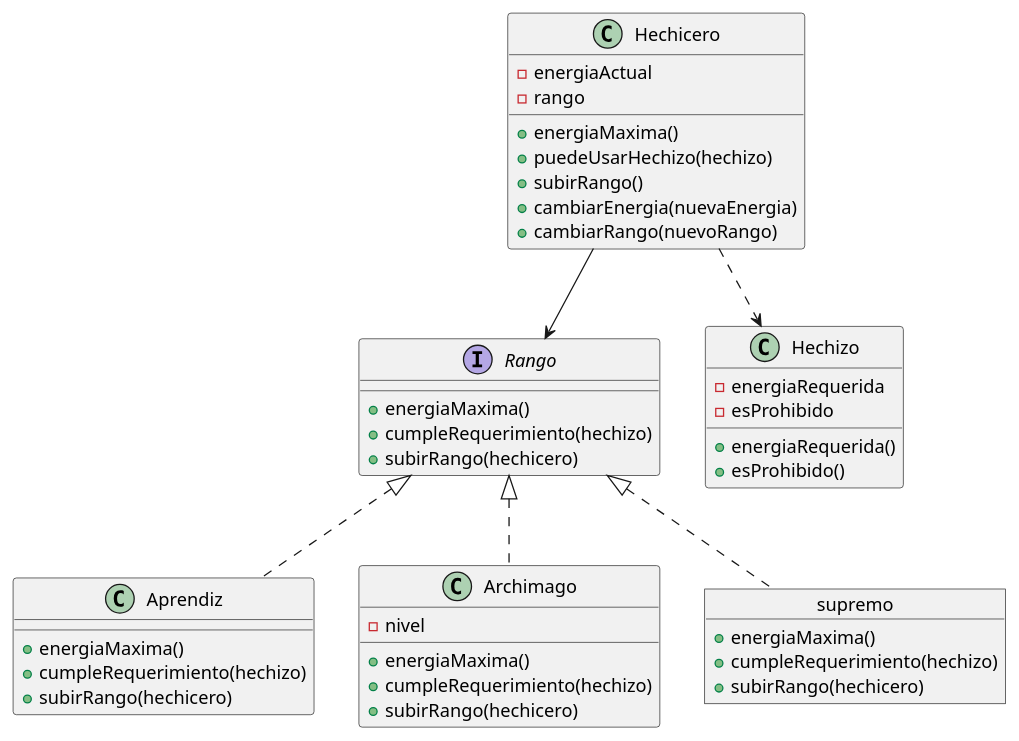
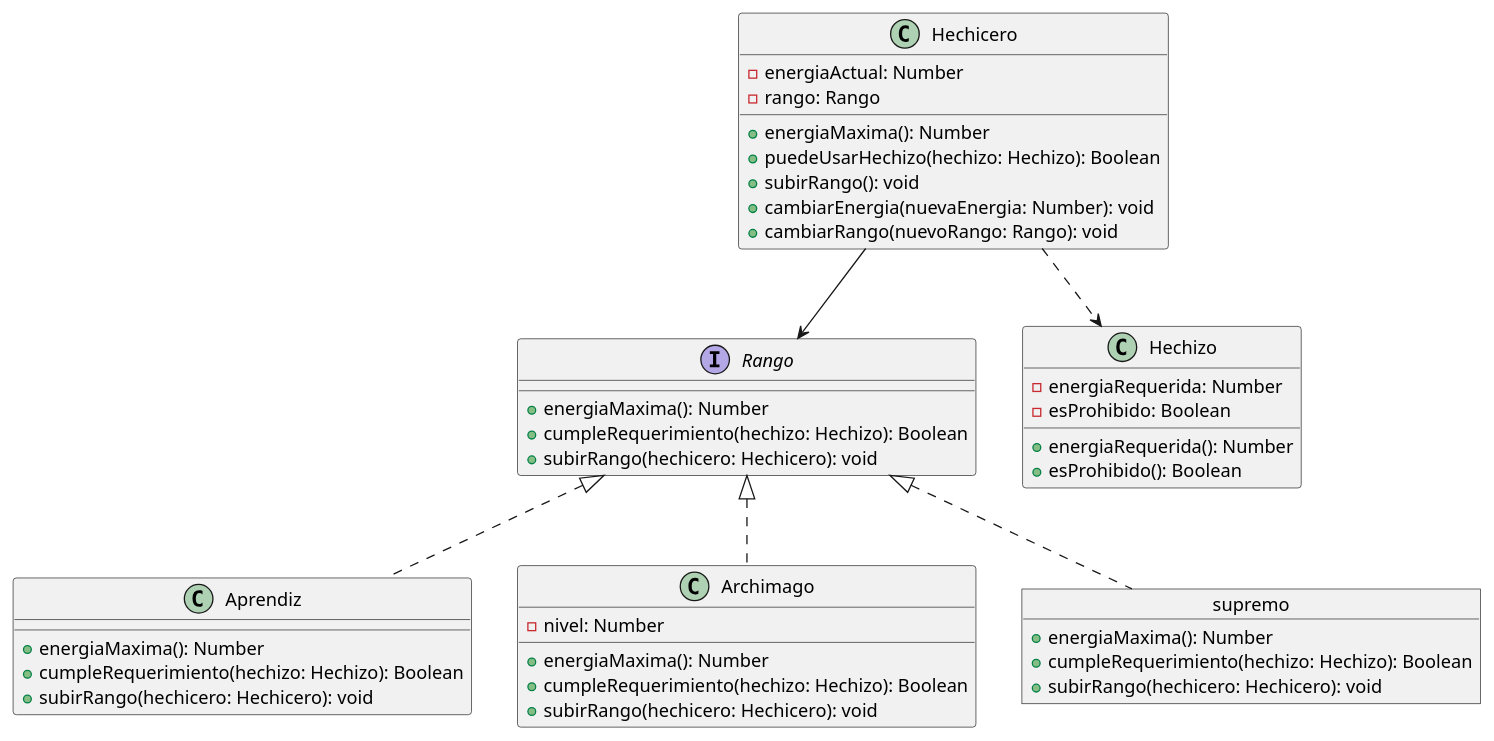
One commit to pdep-mit/objetos-2026-practica-hechiceros changed the diagram in diagramas/composicion.plantuml. Above: the diagram before and after it, drawn with PlantUML.

Commit message:
Refactor class and interface definitions in UML diagram

```diff
--- a/diagramas/composicion.plantuml
+++ b/diagramas/composicion.plantuml
@@ -2,53 +2,52 @@
 @startuml
 
 class Hechicero {
-    - energiaActual
-    - rango
-    + energiaMaxima()
-    + puedeUsarHechizo(hechizo)
-    + subirRango()
-    + cambiarEnergia(nuevaEnergia)
-    + cambiarRango(nuevoRango)
+    - energiaActual: Number
+    - rango: Rango
+    + energiaMaxima(): Number
+    + puedeUsarHechizo(hechizo: Hechizo): Boolean
+    + subirRango(): void
+    + cambiarEnergia(nuevaEnergia: Number): void
+    + cambiarRango(nuevoRango: Rango): void
 }
 
 interface Rango {
-    + energiaMaxima()
-    + cumpleRequerimiento(hechizo)
-    + subirRango(hechicero)
+    + energiaMaxima(): Number
+    + cumpleRequerimiento(hechizo: Hechizo): Boolean
+    + subirRango(hechicero: Hechicero): void
 }
 
 class Aprendiz {
-    + energiaMaxima()
-    + cumpleRequerimiento(hechizo)
-    + subirRango(hechicero)
+    + energiaMaxima(): Number
+    + cumpleRequerimiento(hechizo: Hechizo): Boolean
+    + subirRango(hechicero: Hechicero): void
 }
 
 class Archimago {
-    - nivel
-    + energiaMaxima()
-    + cumpleRequerimiento(hechizo)
-    + subirRango(hechicero)
+    - nivel: Number
+    + energiaMaxima(): Number
+    + cumpleRequerimiento(hechizo: Hechizo): Boolean
+    + subirRango(hechicero: Hechicero): void
 }
 
 object supremo {
-    + energiaMaxima()
-    + cumpleRequerimiento(hechizo)
-    + subirRango(hechicero)
+    + energiaMaxima(): Number
+    + cumpleRequerimiento(hechizo: Hechizo): Boolean
+    + subirRango(hechicero: Hechicero): void
 }
 
 class Hechizo {
-    - energiaRequerida
-    - esProhibido
-    + energiaRequerida()
-    + esProhibido()
+    - energiaRequerida: Number
+    - esProhibido: Boolean
+    + energiaRequerida(): Number
+    + esProhibido(): Boolean
 }
 
 Hechicero --> Rango
-Hechicero ..> Hechizo 
+Hechicero ..> Hechizo
 
 Rango <|.. Aprendiz
 Rango <|.. Archimago
 Rango <|.. supremo
 
-
 @enduml
```
